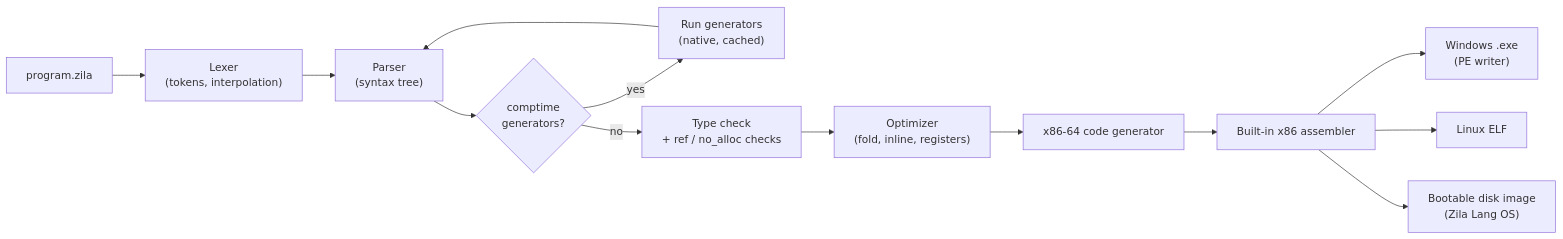
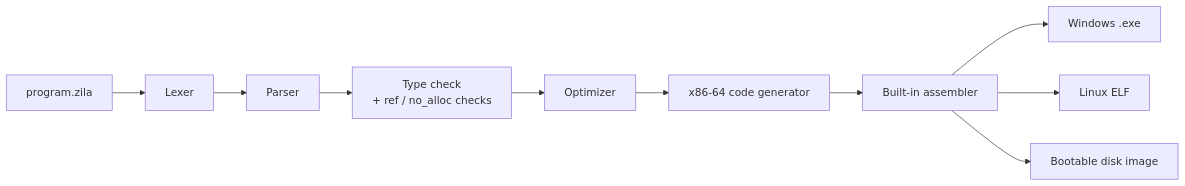
Before and after one commit to code4performance/zila: the diagram in README.md, drawn with Mermaid. The commit also changed other lines of this file and 2 other files, not shown here.

````diff
--- a/README.md
+++ b/README.md
@@ -96,15 +93,10 @@
 ```mermaid
 flowchart LR
-    SRC["program.zila"] --> LEX["Lexer<br/>(tokens, interpolation)"]
-    LEX --> PAR["Parser<br/>(syntax tree)"]
-    PAR --> CT{"comptime<br/>generators?"}
-    CT -- yes --> GEN["Run generators<br/>(native, cached)"]
-    GEN --> PAR
-    CT -- no --> CHK["Type check<br/>+ ref / no_alloc checks"]
-    CHK --> OPT["Optimizer<br/>(fold, inline, registers)"]
-    OPT --> CG["x86-64 code generator"]
-    CG --> ASM["Built-in x86 assembler"]
-    ASM --> PE["Windows .exe<br/>(PE writer)"]
+    SRC["program.zila"] --> LEX["Lexer"] --> PAR["Parser"]
+    PAR --> CHK["Type check<br/>+ ref / no_alloc checks"]
+    CHK --> OPT["Optimizer"] --> CG["x86-64 code generator"]
+    CG --> ASM["Built-in assembler"]
+    ASM --> PE["Windows .exe"]
     ASM --> ELF["Linux ELF"]
-    ASM --> IMG["Bootable disk image<br/>(Zila Lang OS)"]
+    ASM --> IMG["Bootable disk image"]
 ```
````
